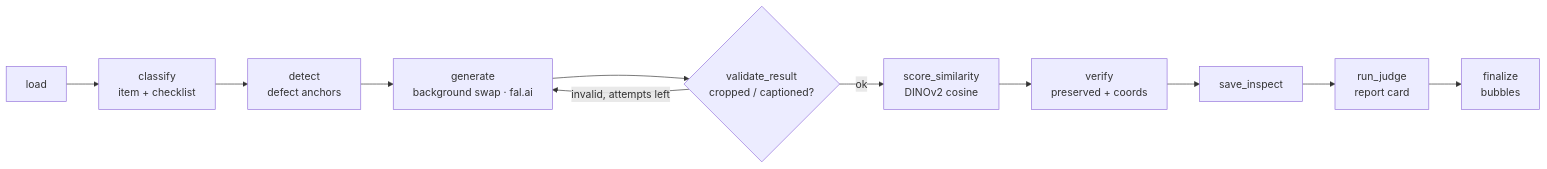
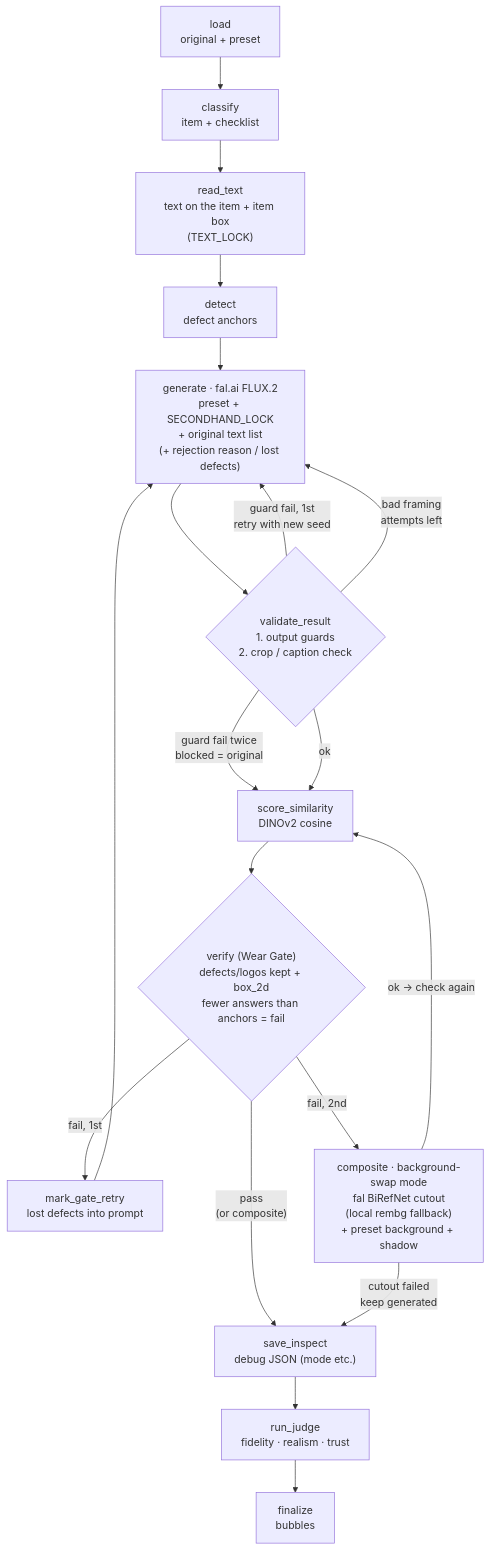
Before and after one commit to cha0620/Carret-App: the diagram in Readme.md, drawn with Mermaid. The commit also changed other lines of this file and 1 other file, not shown here.

Commit message:
docs: README 파이프라인 mermaid 갱신 (read_text, 가드 재시도, 게이트 재생성, 배경 교체 모드)

````diff
--- a/Readme.md
+++ b/Readme.md
@@ -32,13 +32,21 @@
 ```mermaid
-flowchart LR
-  L[load] --> C[classify<br/>item + checklist]
-  C --> D[detect<br/>defect anchors]
-  D --> G[generate<br/>background swap · fal.ai]
-  G --> V{validate_result<br/>cropped / captioned?}
-  V -->|invalid, attempts left| G
-  V -->|ok| S[score_similarity<br/>DINOv2 cosine]
-  S --> VR[verify<br/>preserved + coords]
-  VR --> I[save_inspect]
-  I --> J[run_judge<br/>report card]
-  J --> F[finalize<br/>bubbles]
+flowchart TD
+  L["load<br/>original + preset"] --> C["classify<br/>item + checklist"]
+  C --> T["read_text<br/>text on the item + item box<br/>(TEXT_LOCK)"]
+  T --> D["detect<br/>defect anchors"]
+  D --> G["generate · fal.ai FLUX.2<br/>preset + SECONDHAND_LOCK<br/>+ original text list<br/>(+ rejection reason / lost defects)"]
+  G --> V{"validate_result<br/>1. output guards<br/>2. crop / caption check"}
+  V -->|"guard fail, 1st<br/>retry with new seed"| G
+  V -->|"bad framing<br/>attempts left"| G
+  V -->|"guard fail twice<br/>blocked = original"| S
+  V -->|ok| S["score_similarity<br/>DINOv2 cosine"]
+  S --> VR{"verify (Wear Gate)<br/>defects/logos kept + box_2d<br/>fewer answers than anchors = fail"}
+  VR -->|"pass<br/>(or composite)"| I
+  VR -->|"fail, 1st"| R["mark_gate_retry<br/>lost defects into prompt"]
+  R --> G
+  VR -->|"fail, 2nd"| X["composite · background-swap mode<br/>fal BiRefNet cutout<br/>(local rembg fallback)<br/>+ preset background + shadow"]
+  X -->|"ok → check again"| S
+  X -->|"cutout failed<br/>keep generated"| I
+  I["save_inspect<br/>debug JSON (mode etc.)"] --> J["run_judge<br/>fidelity · realism · trust"]
+  J --> F["finalize<br/>bubbles"]
 ```
````
